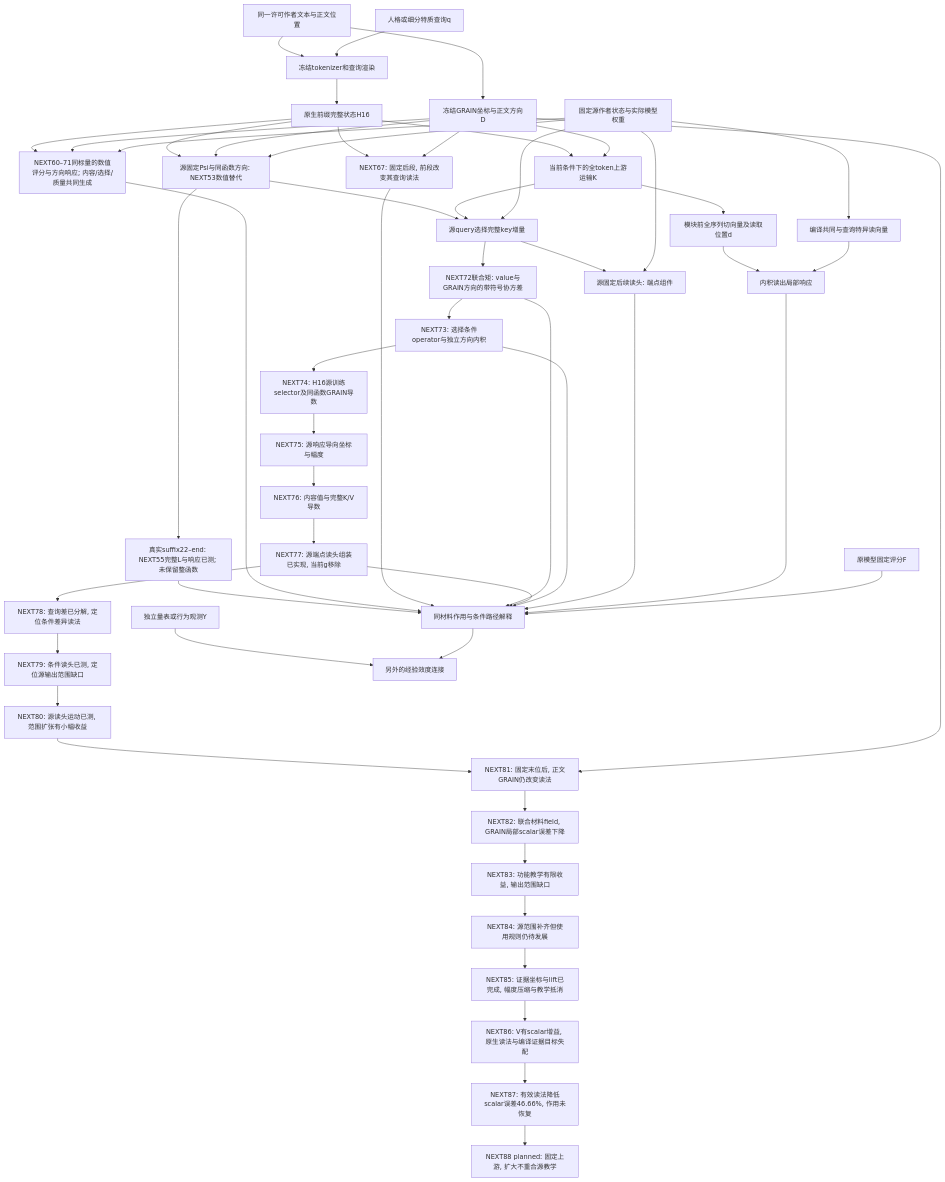
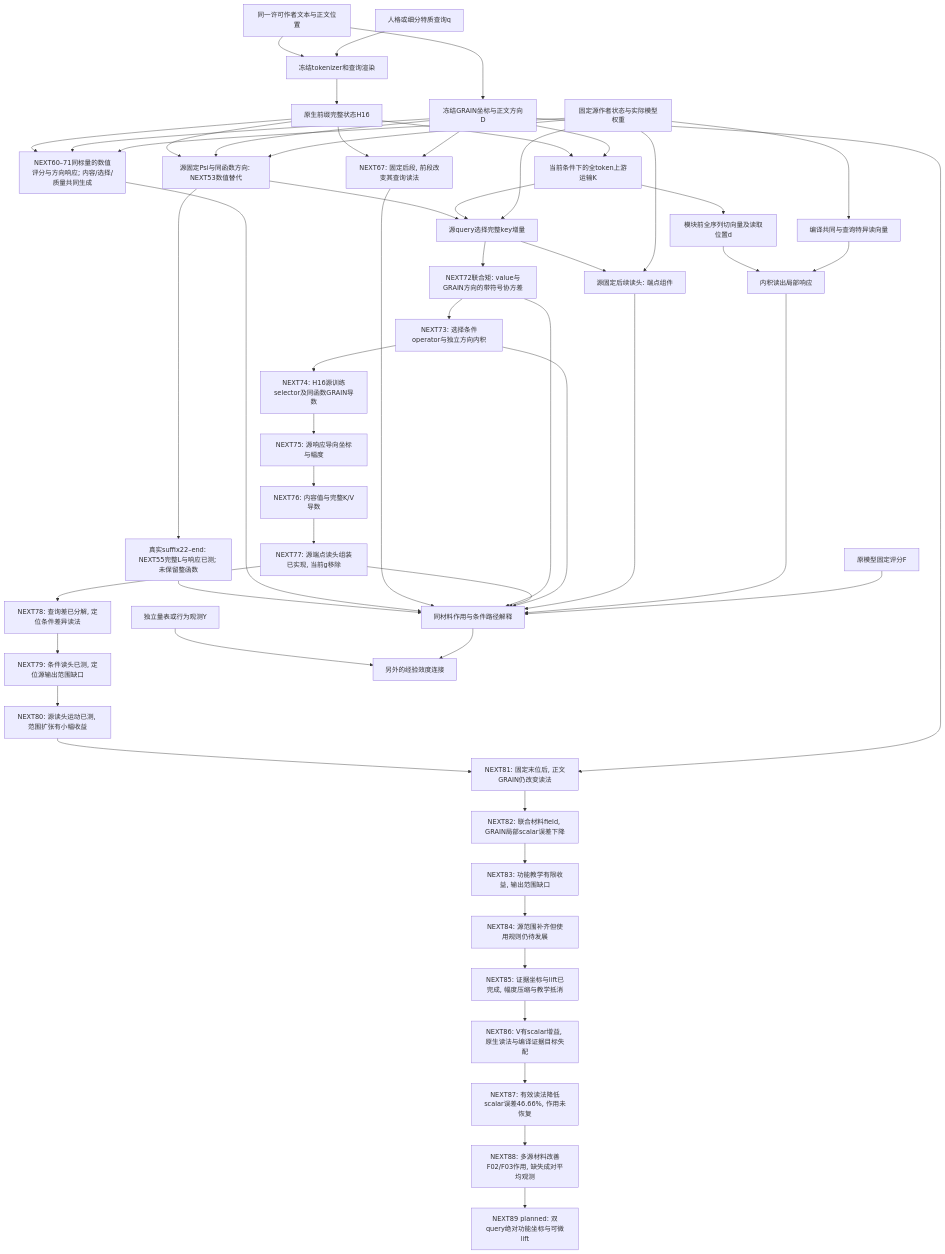
The diagram in docs/GRAIN_UPSTREAM_MECHANISM_INTEGRATION_V1.md (reiserhhh/GRAIN), drawn with Mermaid before and after one commit. The commit also changed other lines of this file and 21 other files, not shown here.

````diff
--- a/docs/GRAIN_UPSTREAM_MECHANISM_INTEGRATION_V1.md
+++ b/docs/GRAIN_UPSTREAM_MECHANISM_INTEGRATION_V1.md
@@ -8,56 +8,57 @@
 ```mermaid
 flowchart TD
   T[同一许可作者文本与正文位置] --> G[冻结GRAIN坐标与正文方向D]
   T --> R[冻结tokenizer和查询渲染]
   Q[人格或细分特质查询q] --> R
   R --> H[原生前缀完整状态H16]
   H --> K[当前条件下的全token上游运输K]
   H --> P[源固定Psi与同函数方向: NEXT53数值替代]
   G --> P
   S --> P
   P --> U
   P --> W[真实suffix22–end: NEXT55完整L与响应已测; 未保留整函数]
   W --> J
   H --> Z[NEXT60–71同标量的数值评分与方向响应; 内容/选择/质量共同生成]
   G --> Z
   S --> Z
   Z --> J
   H --> I[NEXT67: 固定后段, 前段改变其查询读法]
   G --> I
   I --> J
   G --> K
   K --> D[模块前全序列切向量及读取位置d]
   S[固定源作者状态与实际模型权重] --> V[编译共同与查询特异读向量]
   D --> A[内积读出局部响应]
   V --> A
   K --> U[源query选择完整key增量]
   S --> U
   U --> M[NEXT72联合矩: value与GRAIN方向的带符号协方差]
   M --> J
   M --> O[NEXT73: 选择条件operator与独立方向内积]
   O --> P74[NEXT74: H16源训练selector及同函数GRAIN导数]
   P74 --> P75[NEXT75: 源响应导向坐标与幅度]
   P75 --> P76[NEXT76: 内容值与完整K/V导数]
   P76 --> P77[NEXT77: 源端点读头组装已实现, 当前g移除]
   P77 --> J
   P77 --> P78[NEXT78: 查询差已分解, 定位条件差异读法]
   P78 --> P79[NEXT79: 条件读头已测, 定位源输出范围缺口]
   P79 --> P80[NEXT80: 源读头运动已测, 范围扩张有小幅收益]
   P80 --> P81[NEXT81: 固定末位后, 正文GRAIN仍改变读法]
   G --> P81
   P81 --> P82[NEXT82: 联合材料field, GRAIN局部scalar误差下降]
   P82 --> P83[NEXT83: 功能教学有限收益, 输出范围缺口]
   P83 --> P84[NEXT84: 源范围补齐但使用规则仍待发展]
   P84 --> P85[NEXT85: 证据坐标与lift已完成, 幅度压缩与教学抵消]
   P85 --> P86[NEXT86: V有scalar增益, 原生读法与编译证据目标失配]
   P86 --> P87[NEXT87: 有效读法降低scalar误差46.66%, 作用未恢复]
-  P87 --> P88[NEXT88 planned: 固定上游, 扩大不重合源教学]
+  P87 --> P88[NEXT88: 多源材料改善F02/F03作用, 缺失成对平均观测]
+  P88 --> P89[NEXT89 planned: 双query绝对功能坐标与可微lift]
   O --> J
   U --> C[源固定后续读头: 端点组件]
   S --> C
   C --> J
   A --> J[同材料作用与条件路径解释]
   F[原模型固定评分F] --> J
   Y[独立量表或行为观测Y] --> E[另外的经验效度连接]
   J --> E
 ```
````
